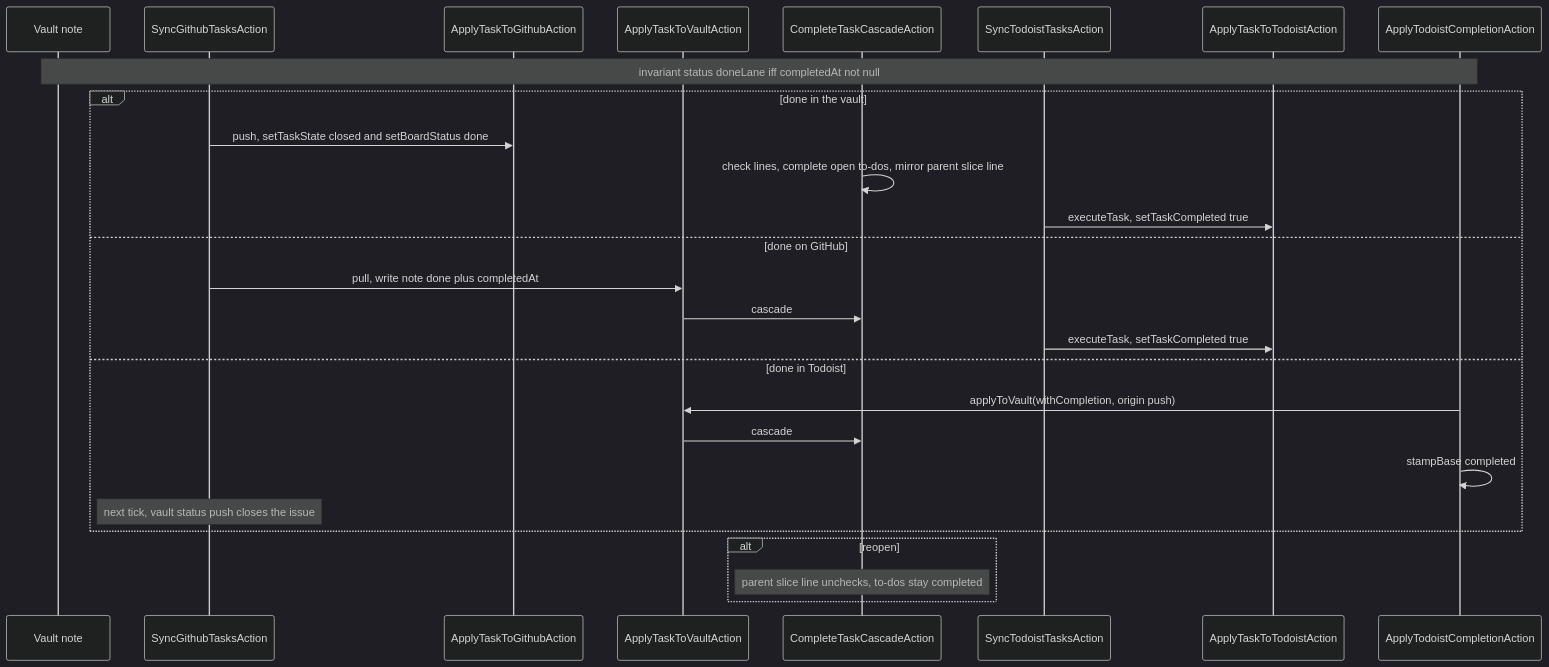
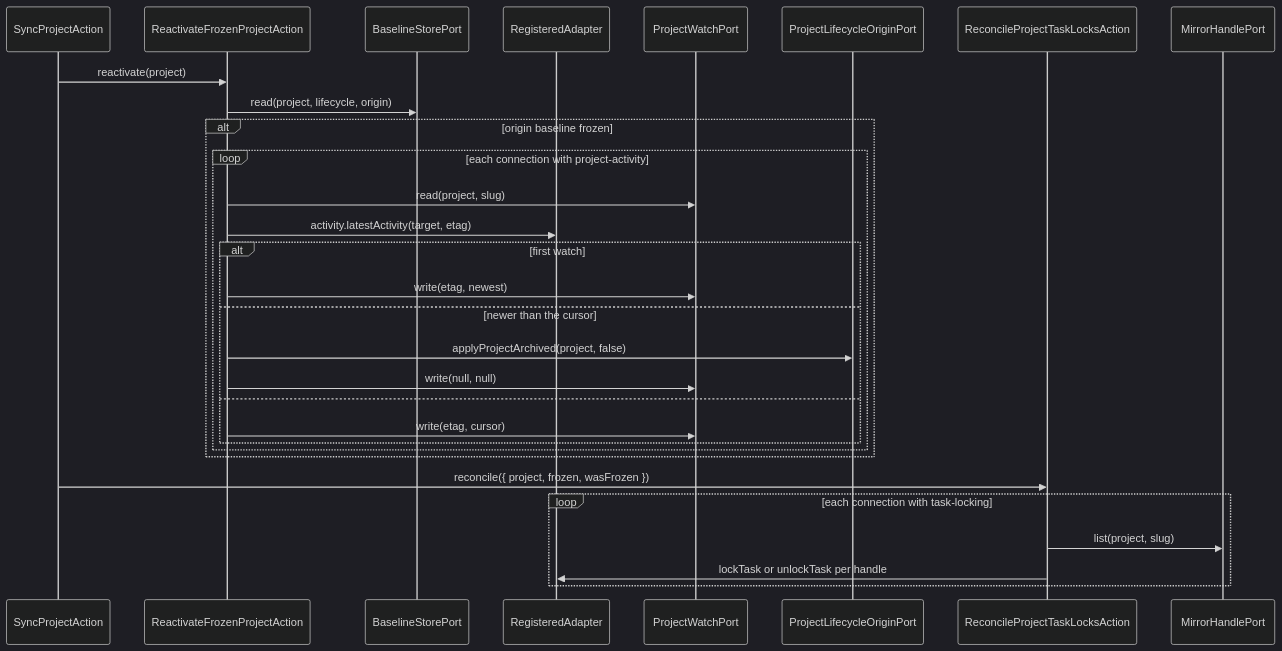
One commit to 99linesofcode/obsidian-project-management changed the tenth of 18 diagrams in docs/developer-manual.md. Above: the diagram before and after it, drawn with Mermaid (dark theme). The commit also changed other lines of this file and 1 other file, not shown here.

First line of the commit message:
docs: rewrite the manual and architecture for the multi-adapter core

````diff
--- a/docs/developer-manual.md
+++ b/docs/developer-manual.md
@@ -576,30 +542,33 @@
 ```mermaid
 sequenceDiagram
-  participant V as Vault note
-  participant GH as SyncGithubTasksAction
-  participant WGH as ApplyTaskToGithubAction
-  participant WV as ApplyTaskToVaultAction
-  participant Cas as CompleteTaskCascadeAction
-  participant TD as SyncTodoistTasksAction
-  participant WTD as ApplyTaskToTodoistAction
-  participant Comp as ApplyTodoistCompletionAction
+  participant SP as SyncProjectAction
+  participant React as ReactivateFrozenProjectAction
+  participant B as BaselineStorePort
+  participant R as RegisteredAdapter
+  participant W as ProjectWatchPort
+  participant O as ProjectLifecycleOriginPort
+  participant Lock as ReconcileProjectTaskLocksAction
+  participant H as MirrorHandlePort
 
-  Note over V,Comp: invariant status doneLane iff completedAt not null
-  alt done in the vault
-    GH->>WGH: push, setTaskState closed and setBoardStatus done
-    Cas->>Cas: check lines, complete open to-dos, mirror parent slice line
-    TD->>WTD: executeTask, setTaskCompleted true
-  else done on GitHub
-    GH->>WV: pull, write note done plus completedAt
-    WV->>Cas: cascade
-    TD->>WTD: executeTask, setTaskCompleted true
-  else done in Todoist
-    Comp->>WV: applyToVault(withCompletion, origin push)
-    WV->>Cas: cascade
-    Comp->>Comp: stampBase completed
-    Note over GH: next tick, vault status push closes the issue
+  SP->>React: reactivate(project)
+  React->>B: read(project, lifecycle, origin)
+  alt origin baseline frozen
+    loop each connection with project-activity
+      React->>W: read(project, slug)
+      React->>R: activity.latestActivity(target, etag)
+      alt first watch
+        React->>W: write(etag, newest)
+      else newer than the cursor
+        React->>O: applyProjectArchived(project, false)
+        React->>W: write(null, null)
+      else
+        React->>W: write(etag, cursor)
+      end
+    end
   end
-  alt reopen
-    Note over Cas: parent slice line unchecks, to-dos stay completed
+  SP->>Lock: reconcile({ project, frozen, wasFrozen })
+  loop each connection with task-locking
+    Lock->>H: list(project, slug)
+    Lock->>R: lockTask or unlockTask per handle
   end
 ```
````
